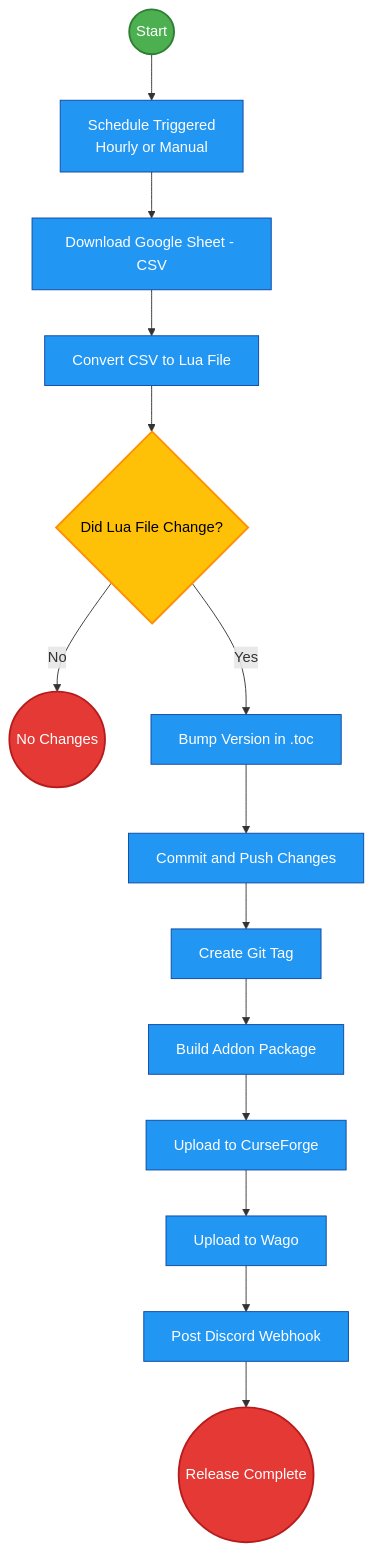
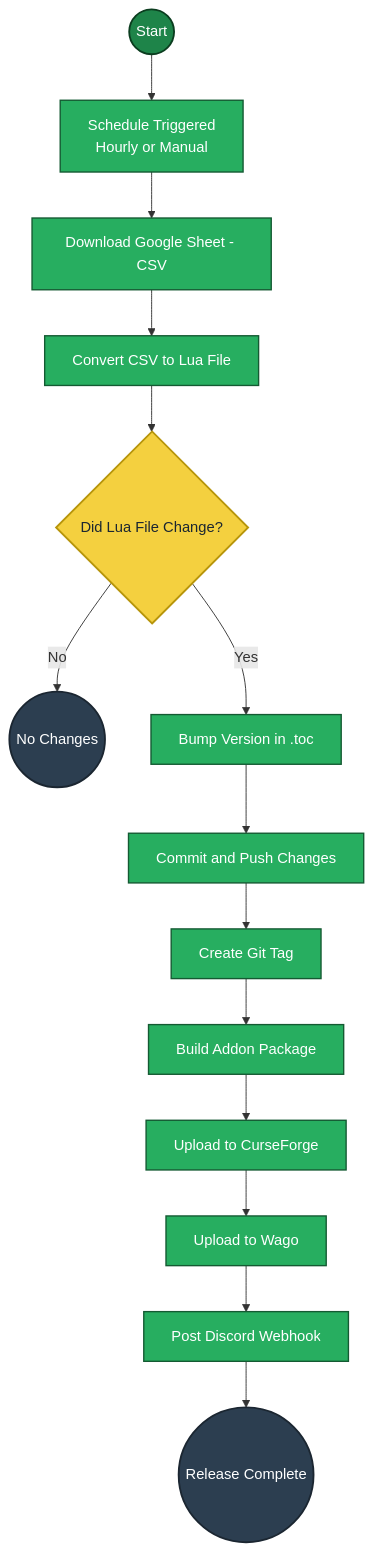
One commit to Devbezos/Larias-Weekly-Checklist changed the diagram in README.md. Above: the diagram before and after it, drawn with Mermaid. The commit also changed 7 other files, not shown here.

````diff
--- a/README.md
+++ b/README.md
@@ -1,28 +1,30 @@
 ```mermaid
 flowchart TD
 
     A((Start)):::start
     B[Schedule Triggered<br/>Hourly or Manual]:::process
     E[Download Google Sheet - CSV]:::process
     F[Convert CSV to Lua File]:::process
     G{Did Lua File Change?}:::decision
 
     H((No Changes)):::finish
     I[Bump Version in .toc]:::process
     J[Commit and Push Changes]:::process
     K[Create Git Tag]:::process
     L[Build Addon Package]:::process
     M[Upload to CurseForge]:::process
     N[Upload to Wago]:::process
     O[Post Discord Webhook]:::process
     P((Release Complete)):::finish
 
     A --> B --> E --> F --> G
     G -- No --> H
     G -- Yes --> I --> J --> K --> L --> M --> N --> O --> P
 
-    classDef start fill:#4CAF50,color:#fff,stroke:#2E7D32,stroke-width:2px;
-    classDef finish fill:#E53935,color:#fff,stroke:#B71C1C,stroke-width:2px;
-    classDef process fill:#2196F3,color:#fff,stroke:#0D47A1,stroke-width:1px;
-    classDef decision fill:#FFC107,color:#000,stroke:#FF8F00,stroke-width:2px;
+classDef start fill:#1E8449,color:#FFFFFF,stroke:#0B3D1F,stroke-width:2px;
+classDef process fill:#27AE60,color:#FFFFFF,stroke:#145A32,stroke-width:1.5px;
+classDef decision fill:#F4D03F,color:#1B2631,stroke:#B7950B,stroke-width:2px;
+classDef finish fill:#2C3E50,color:#FFFFFF,stroke:#1B2631,stroke-width:2px;
+
+
 ```
````
